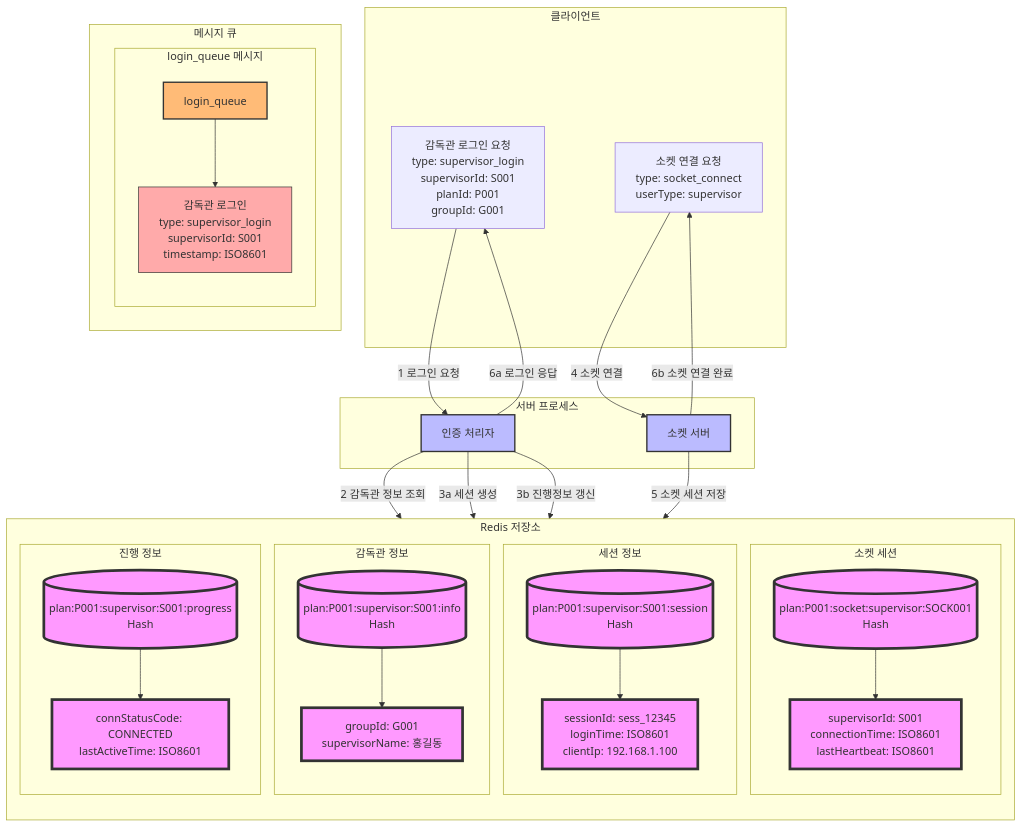
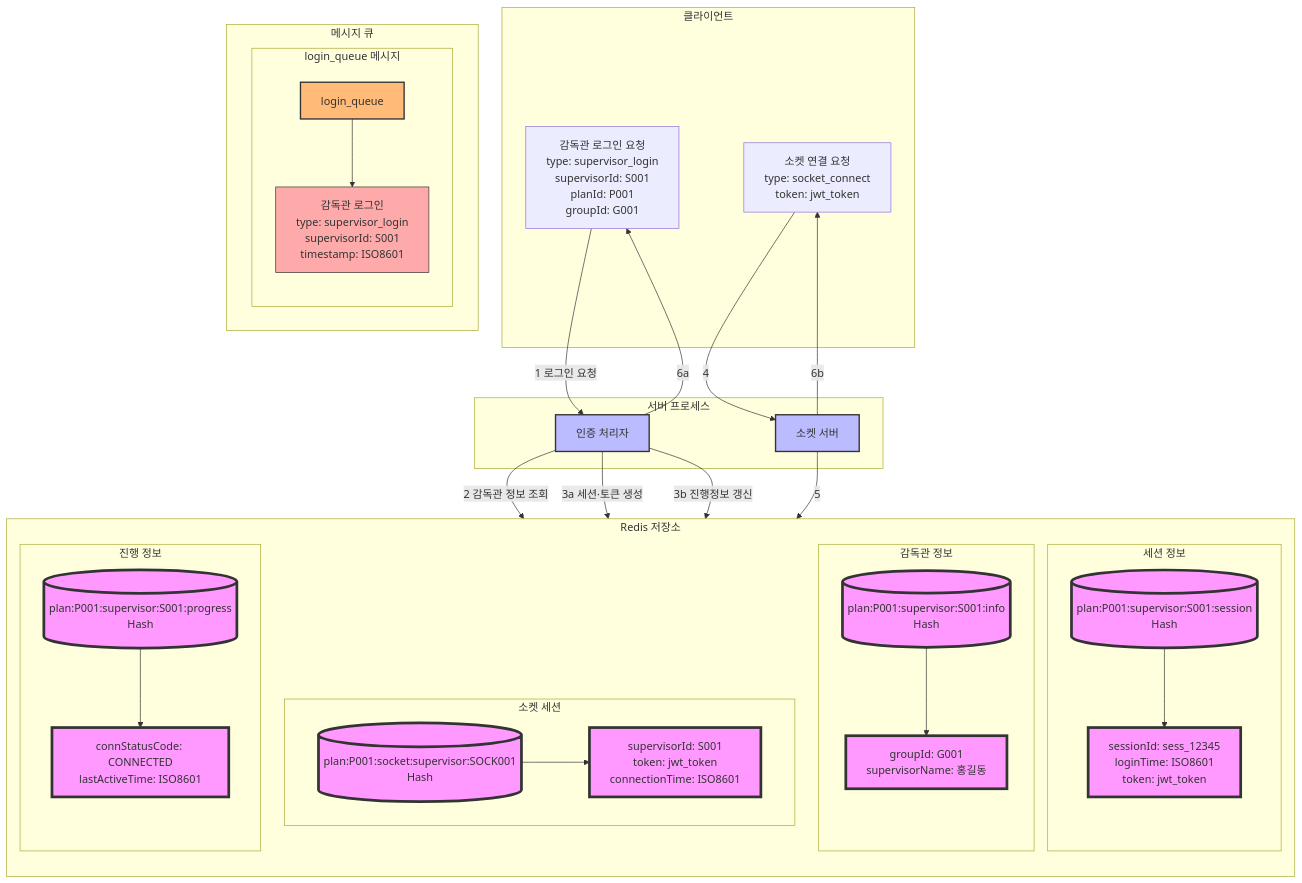
The second of 2 diagrams in 시나리오/03 감독관 로그인 시나리오.md (ldmrepo/exam-arch), drawn with Mermaid before and after one commit. The commit also changed other lines of this file, not shown here.

Commit message:
감독관 로그인 시나리오 보완: JWT 기반 인증 및 소켓 연결 시 토큰 검증 추가

````diff
--- a/시나리오/03 감독관 로그인 시나리오.md
+++ b/시나리오/03 감독관 로그인 시나리오.md
@@ -40,68 +85,70 @@
 ```mermaid
 flowchart TB
-    subgraph Client[클라이언트]
-        LR1[감독관 로그인 요청<br/>type: supervisor_login<br/>supervisorId: S001<br/>planId: P001<br/>groupId: G001]
-        SC1[소켓 연결 요청<br/>type: socket_connect<br/>userType: supervisor]
-    end
+   subgraph Client[클라이언트]
+       LR1[감독관 로그인 요청<br/>type: supervisor_login<br/>supervisorId: S001<br/>planId: P001<br/>groupId: G001]
+       SC1[소켓 연결 요청<br/>type: socket_connect<br/>token: jwt_token]
+   end
 
-    subgraph MessageQueue[메시지 큐]
-        subgraph LoginQueue[login_queue 메시지]
-            LQ[login_queue]
-            LQ1[감독관 로그인<br/>type: supervisor_login<br/>supervisorId: S001<br/>timestamp: ISO8601]
-            LQ --> LQ1
-        end
-    end
+   subgraph MessageQueue[메시지 큐]
+       subgraph LoginQueue[login_queue 메시지]
+           LQ[login_queue]
+           LQ1[감독관 로그인<br/>type: supervisor_login<br/>supervisorId: S001<br/>timestamp: ISO8601]
+           LQ --> LQ1
+       end
+   end
 
-    subgraph Redis[Redis 저장소]
-        direction TB
-        subgraph SupervisorInfo[감독관 정보]
-            SI[(plan:P001:supervisor:S001:info<br/>Hash)]
-            SI1[groupId: G001<br/>supervisorName: 홍길동]
-            SI --> SI1
-        end
-        subgraph SessionInfo[세션 정보]
-            SS[(plan:P001:supervisor:S001:session<br/>Hash)]
-            SS1[sessionId: sess_12345<br/>loginTime: ISO8601<br/>clientIp: 192.168.1.100]
-            SS --> SS1
-        end
-        subgraph SocketSession[소켓 세션]
-            SK[(plan:P001:socket:supervisor:SOCK001<br/>Hash)]
-            SK1[supervisorId: S001<br/>connectionTime: ISO8601<br/>lastHeartbeat: ISO8601]
-            SK --> SK1
-        end
-        subgraph Progress[진행 정보]
-            PR[(plan:P001:supervisor:S001:progress<br/>Hash)]
-            PR1[connStatusCode: CONNECTED<br/>lastActiveTime: ISO8601]
-            PR --> PR1
-        end
-    end
+   subgraph Redis[Redis 저장소]
+       direction TB
+       subgraph SupervisorInfo[감독관 정보]
+           SI[(plan:P001:supervisor:S001:info<br/>Hash)]
+           SI1[groupId: G001<br/>supervisorName: 홍길동]
+           SI --> SI1
+       end
+       subgraph SessionInfo[세션 정보]
+           SS[(plan:P001:supervisor:S001:session<br/>Hash)]
+           SS1[sessionId: sess_12345<br/>loginTime: ISO8601<br/>token: jwt_token]
+           SS --> SS1
+       end
+       subgraph SocketSession[소켓 세션]
+           SK[(plan:P001:socket:supervisor:SOCK001<br/>Hash)]
+           SK1[supervisorId: S001<br/>token: jwt_token<br/>connectionTime: ISO8601]
+           SK --> SK1
+       end
+       subgraph Progress[진행 정보]
+           PR[(plan:P001:supervisor:S001:progress<br/>Hash)]
+           PR1[connStatusCode: CONNECTED<br/>lastActiveTime: ISO8601]
+           PR --> PR1
+       end
+   end
 
-    subgraph Server[서버 프로세스]
-        SP[소켓 서버]
-        AP[인증 처리자]
-    end
+   subgraph Server[서버 프로세스]
+       SP[소켓 서버]
+       AP[인증 처리자]
+   end
 
-    %% 데이터 흐름
-    LR1 -->|1 로그인 요청| AP
-    AP -->|2 감독관 정보 조회| SI
-    AP -->|3a 세션 생성| SS
-    AP -->|3b 진행정보 갱신| PR
-    SC1 -->|4 소켓 연결| SP
-    SP -->|5 소켓 세션 저장| SK
+   %% 데이터 흐름
+   LR1 -->|1 로그인 요청| AP
+   AP -->|2 감독관 정보 조회| SI
+   AP -->|3a 세션·토큰 생성| SS
+   AP -->|3b 진행정보 갱신| PR
 
-    %% 응답 흐름
-    AP -->|6a 로그인 응답| LR1
-    SP -->|6b 소켓 연결 완료| SC1
+   %% 소켓 흐름
+   SC1 -->|4| SP
+   SP -->|5| SS
 
-    %% 스타일링
-    classDef storage fill:#f9f,stroke:#333,stroke-width:4px
-    classDef process fill:#bbf,stroke:#333,stroke-width:2px
-    classDef queue fill:#fb7,stroke:#333,stroke-width:2px
-    classDef event fill:#afa,stroke:#333,stroke-width:1px
-    classDef message fill:#faa,stroke:#333,stroke-width:1px
+   %% 응답 흐름
+   AP -->|6a| LR1
+   SP -->|6b| SC1
 
-    class SI,SI1,SS,SS1,SK,SK1,PR,PR1 storage
-    class SP,AP process
-    class LQ queue
-    class LQ1 message
+   %% 스타일링
+   classDef storage fill:#f9f,stroke:#333,stroke-width:4px
+   classDef process fill:#bbf,stroke:#333,stroke-width:2px
+   classDef queue fill:#fb7,stroke:#333,stroke-width:2px
+   classDef event fill:#afa,stroke:#333,stroke-width:1px
+   classDef message fill:#faa,stroke:#333,stroke-width:1px
+
+   class SI,SI1,SS,SS1,SK,SK1,PR,PR1 storage
+   class SP,AP process
+   class LQ queue
+   class LQ1 message
 ```
````
